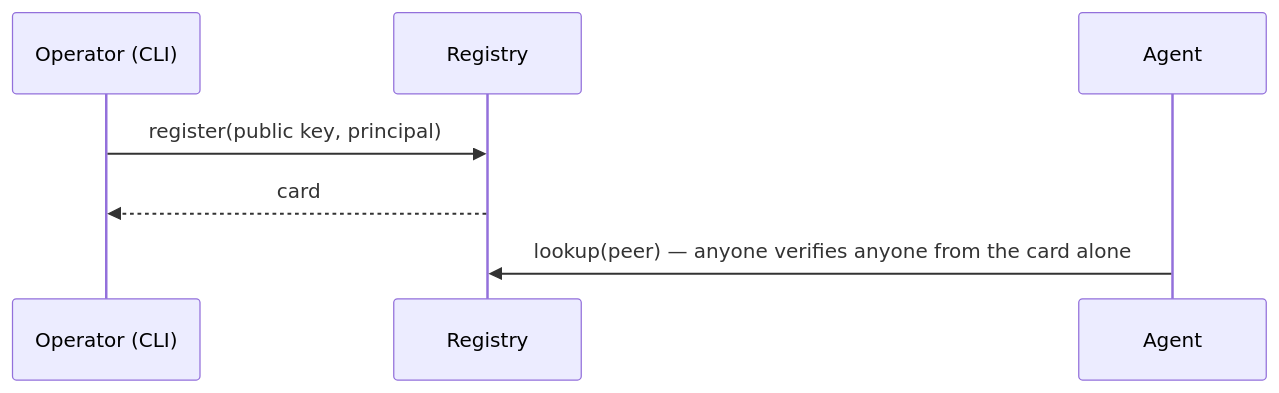
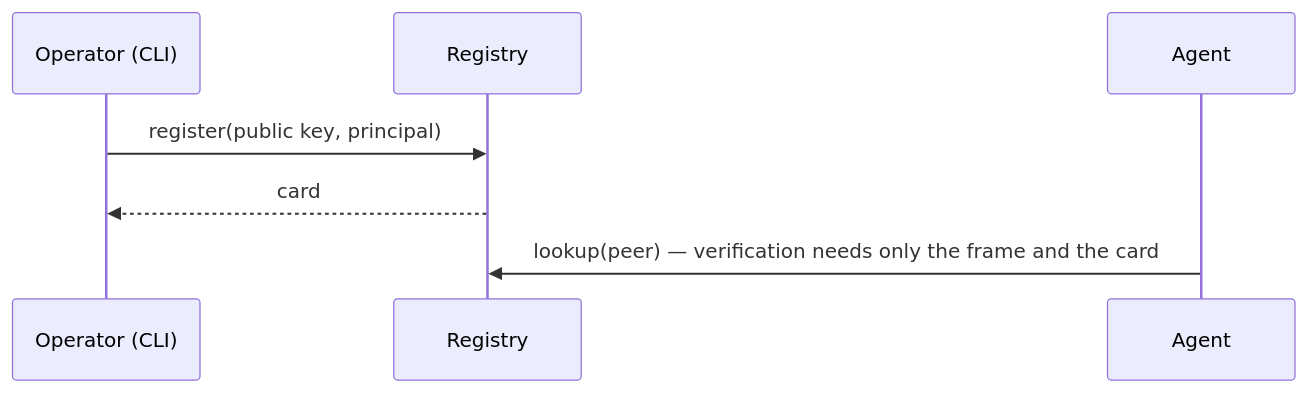
One commit to chughtapan/moltzap changed the first of 3 diagrams in docs/architecture/layers.md. Above: the diagram before and after it, drawn with Mermaid. The commit also changed other lines of this file and 1 other file, not shown here.

````diff
--- a/docs/architecture/layers.md
+++ b/docs/architecture/layers.md
@@ -25,9 +32,9 @@
 ```mermaid
 sequenceDiagram
   participant O as Operator (CLI)
   participant R as Registry
   participant A as Agent
   O->>R: register(public key, principal)
   R-->>O: card
-  A->>R: lookup(peer) — anyone verifies anyone from the card alone
+  A->>R: lookup(peer) — verification needs only the frame and the card
 ```
````
